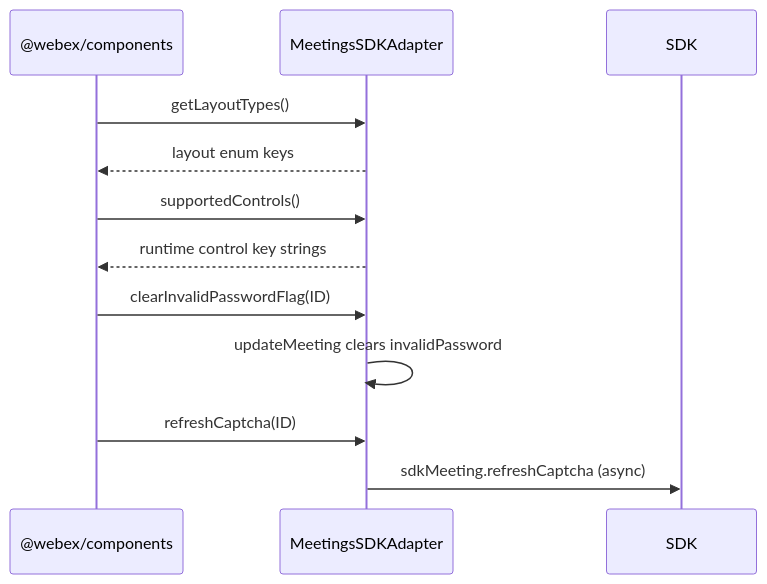
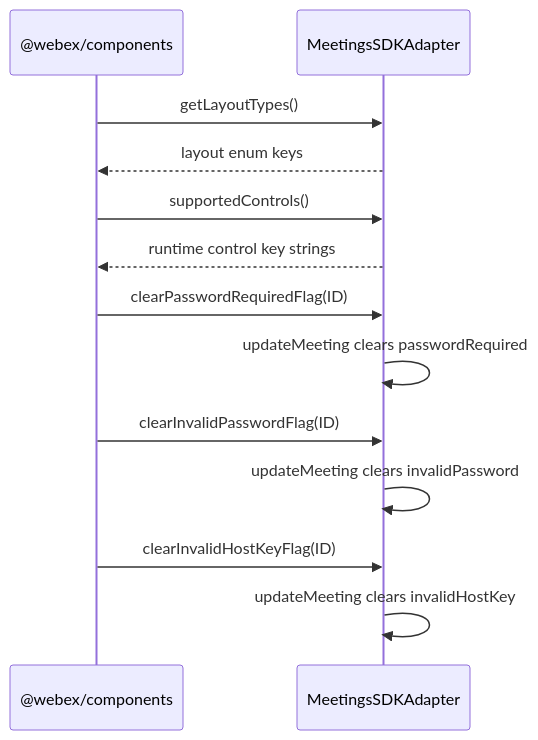
One commit to webex/sdk-component-adapter changed the fifth of 10 diagrams in src/ai-docs/meetings-sdk-adapter-spec.md. Above: the diagram before and after it, drawn with Mermaid. The commit also changed other lines of this file and 9 other files, not shown here.

````diff
--- a/src/ai-docs/meetings-sdk-adapter-spec.md
+++ b/src/ai-docs/meetings-sdk-adapter-spec.md
@@ -249,14 +251,16 @@
 ```mermaid
 sequenceDiagram
   participant Host as @webex/components
   participant Adapter as MeetingsSDKAdapter
 
   Host->>Adapter: getLayoutTypes()
   Adapter-->>Host: layout enum keys
   Host->>Adapter: supportedControls()
   Adapter-->>Host: runtime control key strings
+  Host->>Adapter: clearPasswordRequiredFlag(ID)
+  Adapter->>Adapter: updateMeeting clears passwordRequired
   Host->>Adapter: clearInvalidPasswordFlag(ID)
   Adapter->>Adapter: updateMeeting clears invalidPassword
-  Host->>Adapter: refreshCaptcha(ID)
-  Adapter->>SDK: sdkMeeting.refreshCaptcha (async)
+  Host->>Adapter: clearInvalidHostKeyFlag(ID)
+  Adapter->>Adapter: updateMeeting clears invalidHostKey
 ```
````
